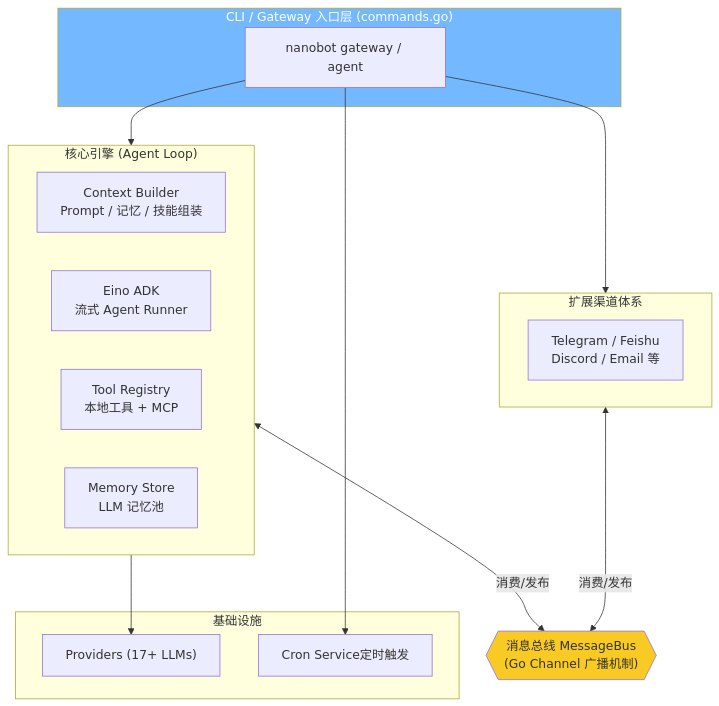
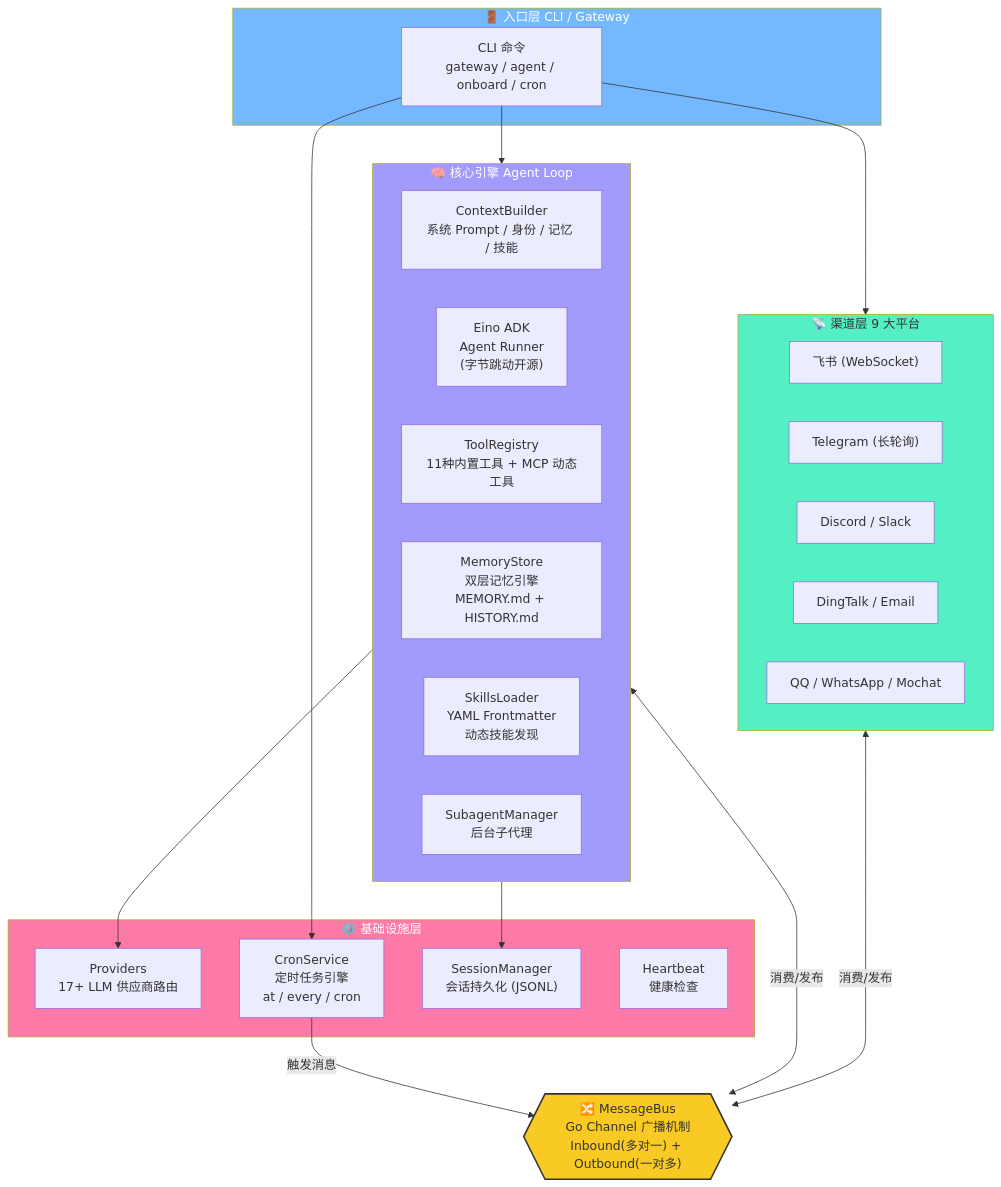
Before and after one commit to yangkun19921001/PP-Claw: the second of 12 diagrams in docs/开源轻量级_OpenClaw_Golang_解决方案，任何设备都可部署.md, drawn with Mermaid. The commit also changed other lines of this file and 41 other files, not shown here.

````diff
--- a/docs/开源轻量级_OpenClaw_Golang_解决方案，任何设备都可部署.md
+++ b/docs/开源轻量级_OpenClaw_Golang_解决方案，任何设备都可部署.md
@@ -13,34 +57,47 @@
 ```mermaid
 graph TB
-    subgraph Entry["CLI / Gateway 入口层 (commands.go)"]
-        CLI["nanobot gateway / agent"]
+    subgraph 入口层["🚪 入口层 CLI / Gateway"]
+        CLI["CLI 命令<br/>gateway / agent / onboard / cron"]
     end
 
-    subgraph AgentCore["核心引擎 (Agent Loop)"]
-        CTX["Context Builder<br/>Prompt / 记忆 / 技能组装"]
-        ADK["Eino ADK<br/>流式 Agent Runner"]
-        TOOLS["Tool Registry<br/>本地工具 + MCP"]
-        MEM["Memory Store<br/>LLM 记忆池"]
+    subgraph 核心引擎["🧠 核心引擎 Agent Loop"]
+        CTX["ContextBuilder<br/>系统 Prompt / 身份 / 记忆 / 技能"]
+        ADK["Eino ADK<br/>Agent Runner<br/>(字节跳动开源)"]
+        TOOLS["ToolRegistry<br/>11种内置工具 + MCP 动态工具"]
+        MEM["MemoryStore<br/>双层记忆引擎<br/>MEMORY.md + HISTORY.md"]
+        SKILLS["SkillsLoader<br/>YAML Frontmatter<br/>动态技能发现"]
+        SUB["SubagentManager<br/>后台子代理"]
     end
 
-    subgraph Channels["扩展渠道体系"]
-        TG["Telegram / Feishu<br/>Discord / Email 等"]
+    subgraph 渠道层["📡 渠道层 9 大平台"]
+        CH1["飞书 (WebSocket)"]
+        CH2["Telegram (长轮询)"]
+        CH3["Discord / Slack"]
+        CH4["DingTalk / Email"]
+        CH5["QQ / WhatsApp / Mochat"]
     end
 
-    subgraph Infra["基础设施"]
-        PROV["Providers (17+ LLMs)"]
-        CRON["Cron Service定时触发"]
+    subgraph 基础设施["⚙️ 基础设施层"]
+        PROV["Providers<br/>17+ LLM 供应商路由"]
+        CRON["CronService<br/>定时任务引擎<br/>at / every / cron"]
+        SESS["SessionManager<br/>会话持久化 (JSONL)"]
+        HB["Heartbeat<br/>健康检查"]
     end
 
-    BUS{{"消息总线 MessageBus<br/>(Go Channel 广播机制)"}}
+    BUS{{"🔀 MessageBus<br/>Go Channel 广播机制<br/>Inbound(多对一) + Outbound(一对多)"}}
 
-    CLI --> AgentCore
-    CLI --> Channels
-    AgentCore <-->|消费/发布| BUS
-    Channels <-->|消费/发布| BUS
-    AgentCore --> PROV
+    CLI --> 核心引擎
+    CLI --> 渠道层
     CLI --> CRON
+    核心引擎 <-->|消费/发布| BUS
+    渠道层 <-->|消费/发布| BUS
+    核心引擎 --> PROV
+    核心引擎 --> SESS
+    CRON -->|触发消息| BUS
 
-    style BUS fill:#f9ca24,color:#333
-    style Entry fill:#74b9ff,color:#fff
+    style BUS fill:#f9ca24,color:#333,stroke:#333,stroke-width:2px
+    style 入口层 fill:#74b9ff,color:#fff
+    style 核心引擎 fill:#a29bfe,color:#fff
+    style 渠道层 fill:#55efc4,color:#333
+    style 基础设施 fill:#fd79a8,color:#fff
 ```
````
